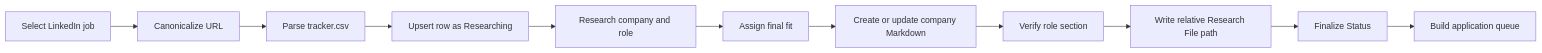
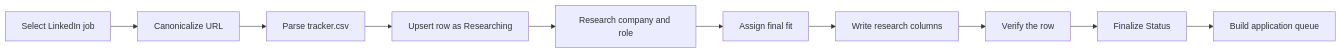
The first of 3 diagrams in linkedin-job-pilot/references/discovery-tracking.md (fsw0422/skills), drawn with Mermaid before and after one commit. The commit also changed other lines of this file and 9 other files, not shown here.

First line of the commit message:
linkedin-job-pilot: research in tracker columns, next-job preview (#22)

```diff
--- a/linkedin-job-pilot/references/discovery-tracking.md
+++ b/linkedin-job-pilot/references/discovery-tracking.md
@@ -19,13 +17,12 @@
 ~~~mermaid
 flowchart LR
     A[Select LinkedIn job] --> B[Canonicalize URL]
     B --> C[Parse tracker.csv]
     C --> D[Upsert row as Researching]
     D --> E[Research company and role]
     E --> F[Assign final fit]
-    F --> G[Create or update company Markdown]
-    G --> H[Verify role section]
-    H --> I[Write relative Research File path]
-    I --> J[Finalize Status]
+    F --> G[Write research columns]
+    G --> H[Verify the row]
+    H --> J[Finalize Status]
     J --> K[Build application queue]
 ~~~
```
